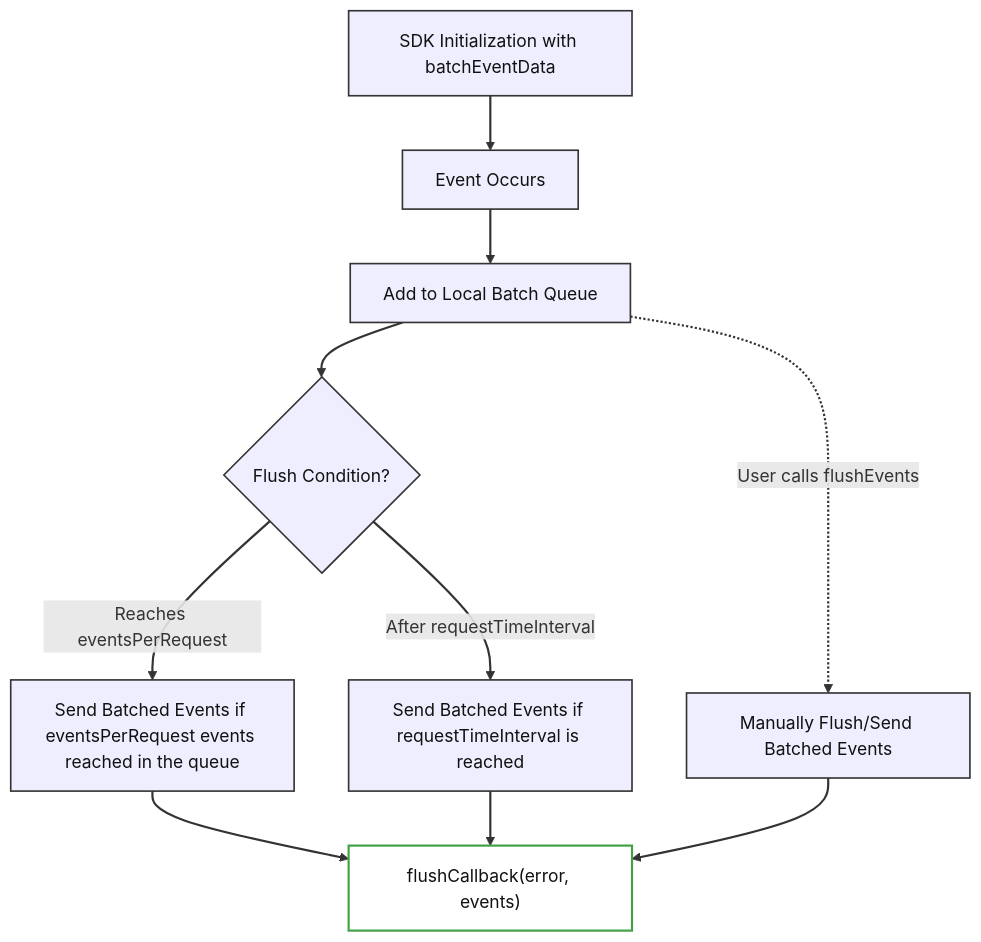
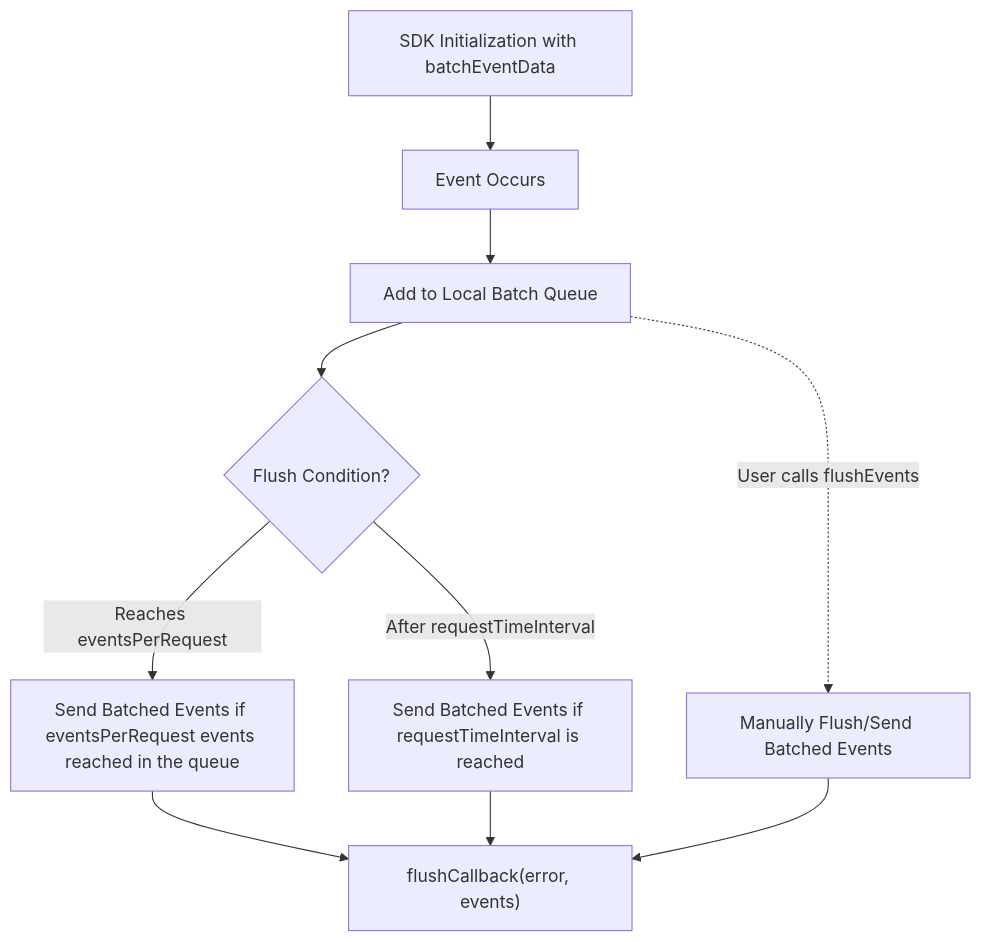
One commit to wingify/readme-central changed the diagram in docs/Concepts/wip-rd-event-batching-copy.md. Above: the diagram before and after it, drawn with Mermaid.

Commit message:
Update doc `wip-rd-event-batching-copy`

````diff
--- a/docs/Concepts/wip-rd-event-batching-copy.md
+++ b/docs/Concepts/wip-rd-event-batching-copy.md
@@ -159,29 +159,26 @@
 ```mermaid
 flowchart TD
     A["SDK Initialization with batchEventData"] --> B["Event Occurs"]
     B --> C["Add to Local Batch Queue"]
 
     %% Automatic Flushing triggers
     C --> D1{"Flush Condition?"}
     D1 -->|"Reaches eventsPerRequest"| E1["Send Batched Events if eventsPerRequest events reached in the queue"]
     D1 -->|"After requestTimeInterval"| E2["Send Batched Events if requestTimeInterval is reached"]
 
     %% Manual Flush
     C -.->|"User calls flushEvents"| E3["Manually Flush/Send Batched Events"]
 
     %% All flushes trigger callback
     E1 --> X["flushCallback(error, events)"]
     E2 --> X
     E3 --> X
 
     %% Assign classes
     class A,B,C,D1,E1,E2,E3 step;
     class X callback;
 
-    %% Define styles for universal readability
-    classDef step fill:#eef,stroke:#333,stroke-width:1.5px,color:#111;
-    classDef callback fill:#fff,stroke:#43a047,stroke-width:2px,color:#111;
+		%% Define styles
+    classDef check fill:#bbf,stroke:#333,stroke-width:1px,color:#000
 
-    %% Use a dark gray for arrows for visibility on both themes
-    linkStyle default stroke:#333,stroke-width:2px
 ```
````
